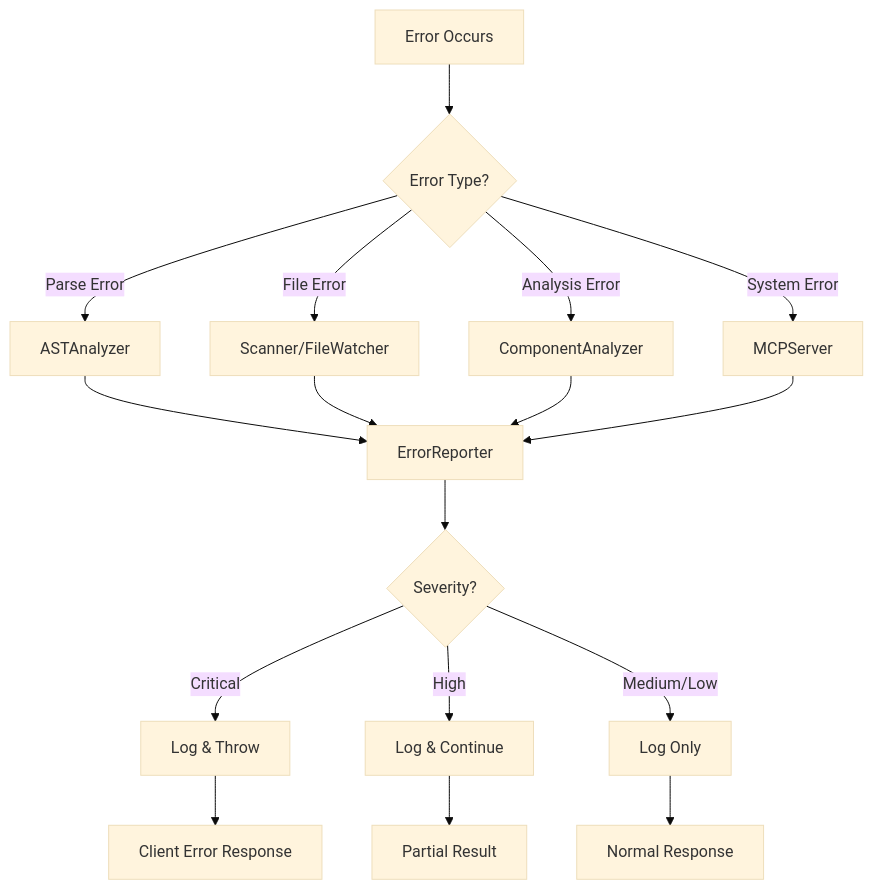
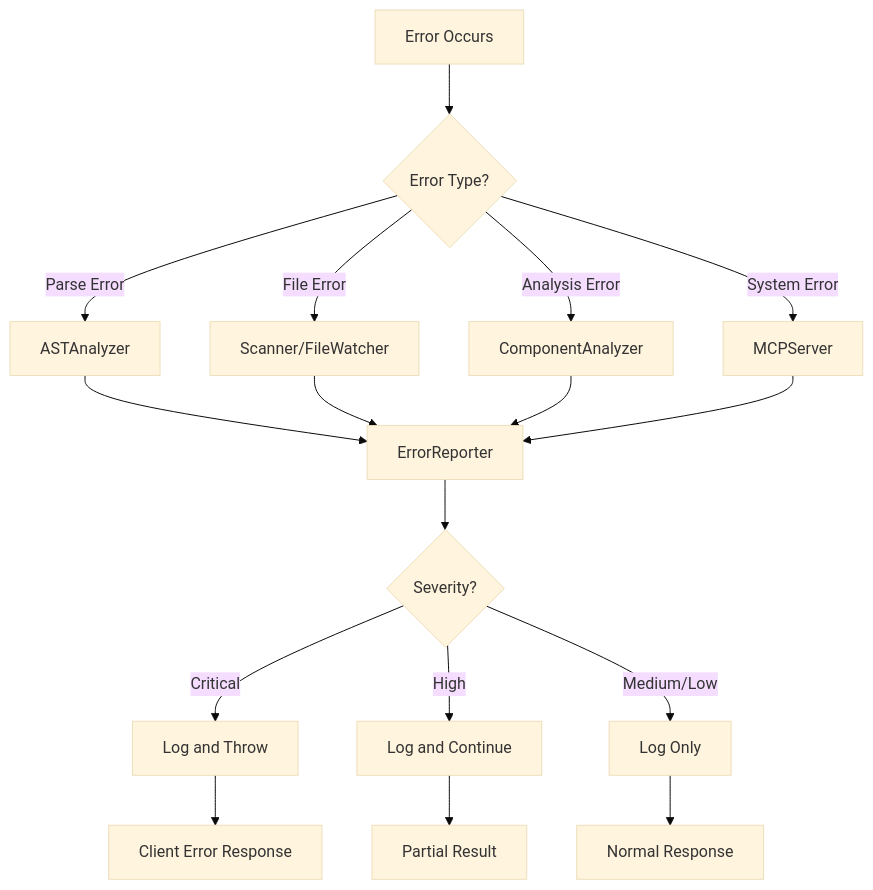
One commit to sean-sunagaku/component-design-system-mcp changed the ninth of 9 diagrams in docs/class-diagram.md. Above: the diagram before and after it, drawn with Mermaid (base theme). The commit also changed other lines of this file and 2 other files, not shown here.

````diff
--- a/docs/class-diagram.md
+++ b/docs/class-diagram.md
@@ -311,22 +315,22 @@
 ```mermaid
-graph TD
+flowchart TD
     A[Error Occurs] --> B{Error Type?}
     B -->|Parse Error| C[ASTAnalyzer]
     B -->|File Error| D[Scanner/FileWatcher]
     B -->|Analysis Error| E[ComponentAnalyzer]
     B -->|System Error| F[MCPServer]
     
     C --> G[ErrorReporter]
     D --> G
     E --> G
     F --> G
     
     G --> H{Severity?}
-    H -->|Critical| I[Log & Throw]
-    H -->|High| J[Log & Continue]
+    H -->|Critical| I[Log and Throw]
+    H -->|High| J[Log and Continue]
     H -->|Medium/Low| K[Log Only]
     
     I --> L[Client Error Response]
     J --> M[Partial Result]
     K --> N[Normal Response]
 ```
````
